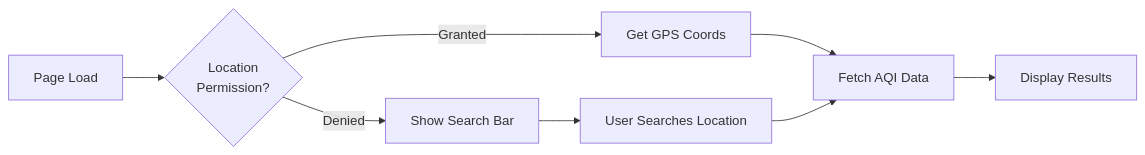
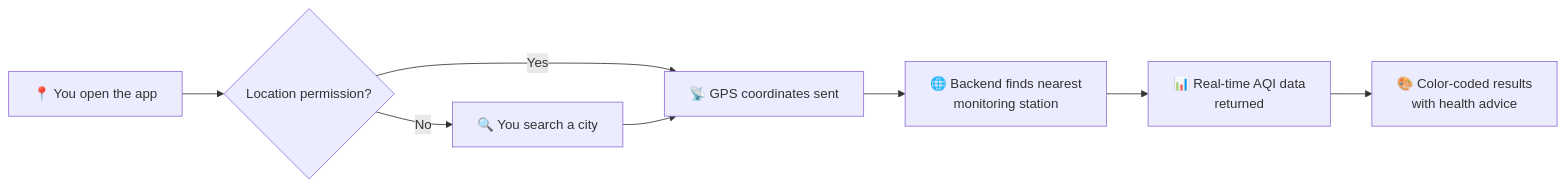
Before and after one commit to theaiguy1987/aqi_app: the first of 11 diagrams in README.md, drawn with Mermaid. The commit also changed other lines of this file and 4 other files, not shown here.

Commit message:
- added google tracking (See <attachments> above for file contents. You may not need to search or read the file again.)

````diff
--- a/README.md
+++ b/README.md
@@ -136,10 +13,10 @@
 ```mermaid
 flowchart LR
-    A[Page Load] --> B{Location<br/>Permission?}
-    B -->|Granted| C[Get GPS Coords]
-    B -->|Denied| D[Show Search Bar]
-    C --> E[Fetch AQI Data]
-    D --> F[User Searches Location]
-    F --> E
-    E --> G[Display Results]
+    A[📍 You open the app] --> B{Location permission?}
+    B -->|Yes| C[📡 GPS coordinates sent]
+    B -->|No| D[🔍 You search a city]
+    D --> C
+    C --> E[🌐 Backend finds nearest\nmonitoring station]
+    E --> F[📊 Real-time AQI data\nreturned]
+    F --> G[🎨 Color-coded results\nwith health advice]
 ```
````
